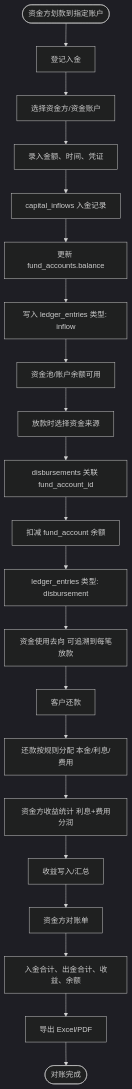
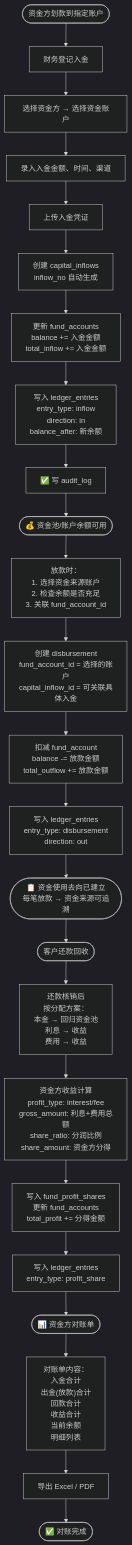
Before and after one commit to johngreece/JIEDAI: the fourth of 12 diagrams in docs/03-flow-diagrams.md, drawn with Mermaid (dark theme). The commit also changed other lines of this file and 4 other files, not shown here.

Commit message:
docs: v2.0 rewrite - system modules, ER design (32 tables), flow diagrams, menu structure; prisma schema enhanced with new models and fields

````diff
--- a/docs/03-flow-diagrams.md
+++ b/docs/03-flow-diagrams.md
@@ -124,29 +186,32 @@
 ```mermaid
 flowchart TB
-    Start([资金方划款到指定账户]) --> A[登记入金]
-    A --> A1[选择资金方/资金账户]
-    A1 --> A2[录入金额、时间、凭证]
-    A2 --> B[capital_inflows 入金记录]
+    Start(["资金方划款到指定账户"]) --> A["财务登记入金"]
+    A --> A1["选择资金方 → 选择资金账户"]
+    A1 --> A2["录入入金金额、时间、渠道"]
+    A2 --> A3["上传入金凭证"]
+    A3 --> B["创建 capital_inflows<br/>inflow_no 自动生成"]
 
-    B --> C[更新 fund_accounts.balance]
-    C --> D[写入 ledger_entries 类型: inflow]
+    B --> C["更新 fund_accounts<br/>balance += 入金金额<br/>total_inflow += 入金金额"]
+    C --> D["写入 ledger_entries<br/>entry_type: inflow<br/>direction: in<br/>balance_after: 新余额"]
+    D --> DAudit["✅ 写 audit_log"]
 
-    D --> Pool[资金池/账户余额可用]
+    DAudit --> Pool(["💰 资金池/账户余额可用"])
 
-    Pool --> Disb[放款时选择资金来源]
-    Disb --> E[disbursements 关联 fund_account_id]
-    E --> E1[扣减 fund_account 余额]
-    E1 --> E2[ledger_entries 类型: disbursement]
+    Pool --> Disb["放款时：<br/>1. 选择资金来源账户<br/>2. 检查余额是否充足<br/>3. 关联 fund_account_id"]
+    Disb --> E["创建 disbursement<br/>fund_account_id = 选择的账户<br/>capital_inflow_id = 可关联具体入金"]
+    E --> E1["扣减 fund_account<br/>balance -= 放款金额<br/>total_outflow += 放款金额"]
+    E1 --> E2["写入 ledger_entries<br/>entry_type: disbursement<br/>direction: out"]
 
-    E2 --> F[资金使用去向 可追溯到每笔放款]
+    E2 --> F(["📋 资金使用去向已建立<br/>每笔放款 → 资金来源可追溯"])
 
-    F --> Repay[客户还款]
-    Repay --> G[还款按规则分配 本金/利息/费用]
-    G --> H[资金方收益统计 利息+费用分润]
-    H --> I[收益写入/汇总]
+    F --> Repay(["客户还款回收"])
+    Repay --> G["还款核销后<br/>按分配方案：<br/>本金 → 回归资金池<br/>利息 → 收益<br/>费用 → 收益"]
+    G --> ProfitCalc["资金方收益计算<br/>profit_type: interest/fee<br/>gross_amount: 利息+费用总额<br/>share_ratio: 分润比例<br/>share_amount: 资金方分得"]
+    ProfitCalc --> ProfitRecord["写入 fund_profit_shares<br/>更新 fund_accounts<br/>total_profit += 分得金额"]
+    ProfitRecord --> ProfitLedger["写入 ledger_entries<br/>entry_type: profit_share"]
 
-    I --> J[资金方对账单]
-    J --> J1[入金合计、出金合计、收益、余额]
-    J1 --> Export[导出 Excel/PDF]
-    Export --> End([对账完成])
+    ProfitLedger --> Statement(["📊 资金方对账单"])
+    Statement --> Report["对账单内容：<br/>入金合计<br/>出金(放款)合计<br/>回款合计<br/>收益合计<br/>当前余额<br/>明细列表"]
+    Report --> Export["导出 Excel / PDF"]
+    Export --> End(["✅ 对账完成"])
 ```
````
